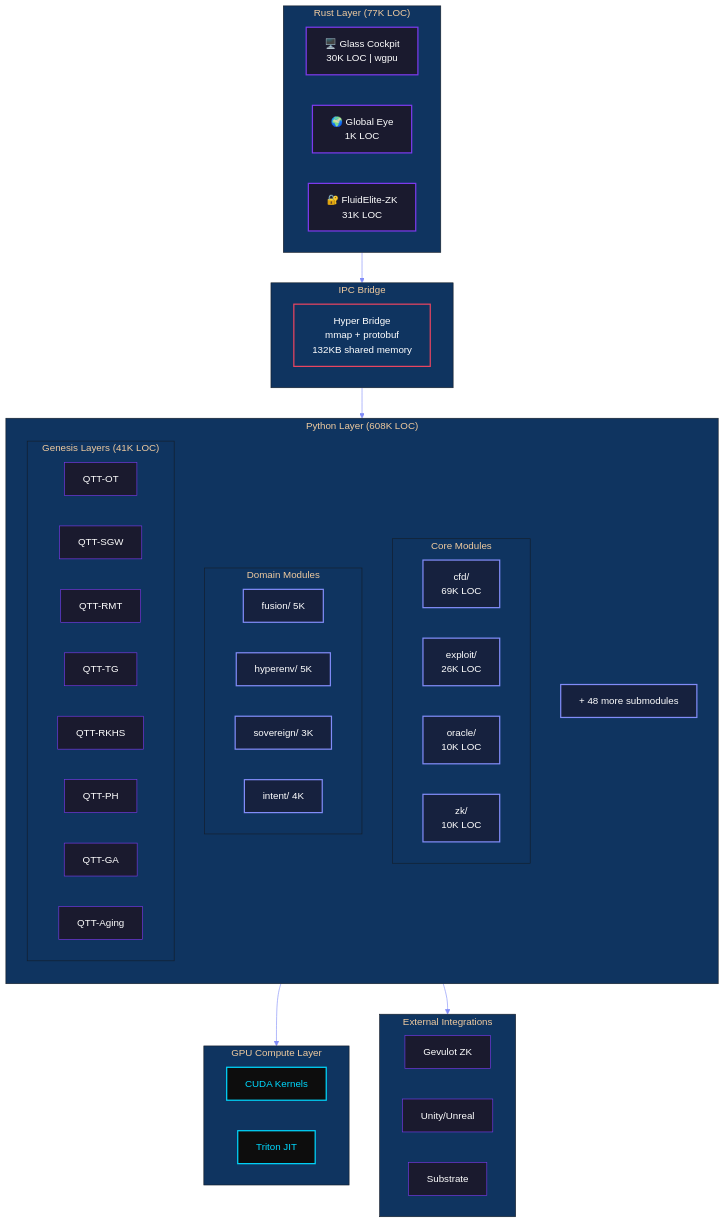
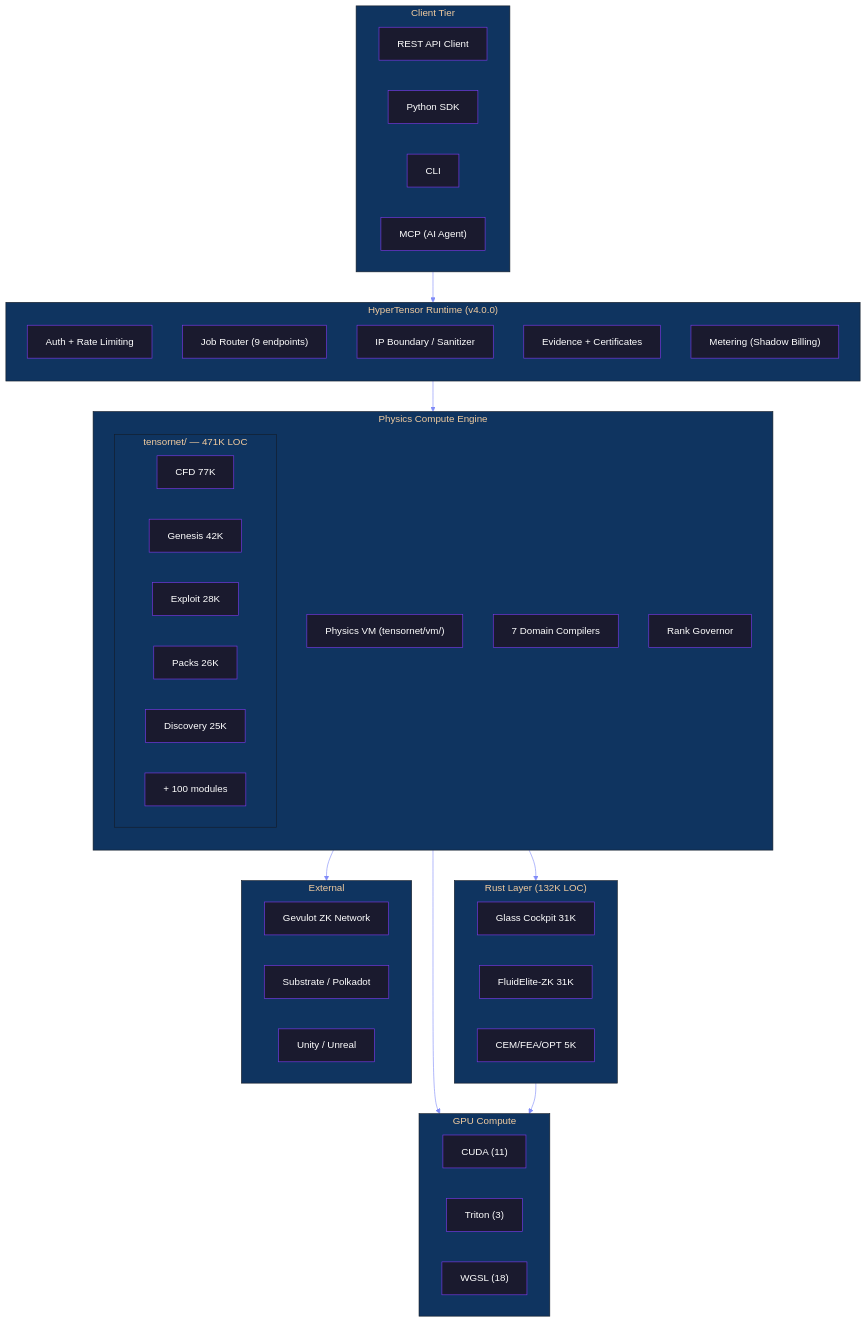
One commit to tigantic/physics-os changed the diagram in PLATFORM_SPECIFICATION.md. Above: the diagram before and after it, drawn with Mermaid. The commit also changed other lines of this file and 13417 other files, not shown here.

````diff
--- a/PLATFORM_SPECIFICATION.md
+++ b/PLATFORM_SPECIFICATION.md
@@ -682,68 +891,63 @@
 ```mermaid
 %%{init: {'theme': 'base', 'themeVariables': { 'primaryColor': '#1a1a2e', 'primaryTextColor': '#fff', 'primaryBorderColor': '#7c3aed', 'lineColor': '#818cf8', 'secondaryColor': '#16213e', 'tertiaryColor': '#0f3460'}}}%%
 flowchart TB
-    subgraph rust["Rust Layer (77K LOC)"]
+    subgraph clients["Client Tier"]
         direction LR
-        gc["🖥️ Glass Cockpit<br/>30K LOC | wgpu"]
-        ge["🌍 Global Eye<br/>1K LOC"]
-        fez["🔐 FluidElite-ZK<br/>31K LOC"]
+        api_client["REST API Client"]
+        sdk_client["Python SDK"]
+        cli_client["CLI"]
+        mcp_client["MCP (AI Agent)"]
     end
 
-    subgraph ipc["IPC Bridge"]
-        hb["Hyper Bridge<br/>mmap + protobuf<br/>132KB shared memory"]
+    subgraph product["HyperTensor Runtime (v4.0.0)"]
+        direction TB
+        auth["Auth + Rate Limiting"]
+        router["Job Router (9 endpoints)"]
+        sanitizer["IP Boundary / Sanitizer"]
+        evidence["Evidence + Certificates"]
+        metering["Metering (Shadow Billing)"]
     end
 
-    subgraph python["Python Layer (608K LOC)"]
+    subgraph engine["Physics Compute Engine"]
         direction TB
-        subgraph core_modules["Core Modules"]
-            cfd["cfd/<br/>69K LOC"]
-            exploit["exploit/<br/>26K LOC"]
-            oracle["oracle/<br/>10K LOC"]
-            zk["zk/<br/>10K LOC"]
+        vm["Physics VM (tensornet/vm/)"]
+        compilers["7 Domain Compilers"]
+        rank_gov["Rank Governor"]
+        subgraph physics["tensornet/ — 471K LOC"]
+            direction LR
+            cfd["CFD 77K"]
+            genesis["Genesis 42K"]
+            exploit["Exploit 28K"]
+            packs_mod["Packs 26K"]
+            discover["Discovery 25K"]
+            more_mods["+ 100 modules"]
         end
-        subgraph domain_modules["Domain Modules"]
-            fusion["fusion/ 5K"]
-            hyperenv["hyperenv/ 5K"]
-            sovereign["sovereign/ 3K"]
-            intent["intent/ 4K"]
-        end
-        subgraph genesis["Genesis Layers (41K LOC)"]
-            ot["QTT-OT"]
-            sgw["QTT-SGW"]
-            rmt["QTT-RMT"]
-            tg["QTT-TG"]
-            rkhs["QTT-RKHS"]
-            ph["QTT-PH"]
-            ga["QTT-GA"]
-            aging["QTT-Aging"]
-        end
-        more["+ 48 more submodules"]
     end
 
-    subgraph gpu["GPU Compute Layer"]
-        cuda["CUDA Kernels"]
-        triton["Triton JIT"]
+    subgraph rust["Rust Layer (132K LOC)"]
+        direction LR
+        gc["Glass Cockpit 31K"]
+        fez["FluidElite-ZK 31K"]
+        cem_fea["CEM/FEA/OPT 5K"]
     end
 
-    subgraph external["External Integrations"]
-        direction LR
-        gevulot["Gevulot ZK"]
-        unity["Unity/Unreal"]
-        blockchain["Substrate"]
+    subgraph gpu["GPU Compute"]
+        cuda["CUDA (11)"]
+        triton["Triton (3)"]
+        wgsl["WGSL (18)"]
     end
 
-    rust --> ipc
-    ipc --> python
-    python --> gpu
-    python --> external
+    subgraph external["External"]
+        direction LR
+        gevulot["Gevulot ZK Network"]
+        blockchain["Substrate / Polkadot"]
+        game_eng["Unity / Unreal"]
+    end
 
-    classDef rustStyle fill:#1a1a2e,stroke:#7c3aed,stroke-width:2px,color:#fff
-    classDef pythonStyle fill:#16213e,stroke:#818cf8,stroke-width:2px,color:#fff
-    classDef ipcStyle fill:#0f3460,stroke:#e94560,stroke-width:2px,color:#fff
-    classDef gpuStyle fill:#0d0d0d,stroke:#00d9ff,stroke-width:2px,color:#00d9ff
-    
-    class gc,ge,fez rustStyle
-    class cfd,exploit,oracle,zk,fusion,hyperenv,sovereign,intent,more pythonStyle
-    class hb ipcStyle
-    class cuda,triton gpuStyle
+    clients --> product
+    product --> engine
+    engine --> rust
+    engine --> gpu
+    rust --> gpu
+    engine --> external
 ```
````
